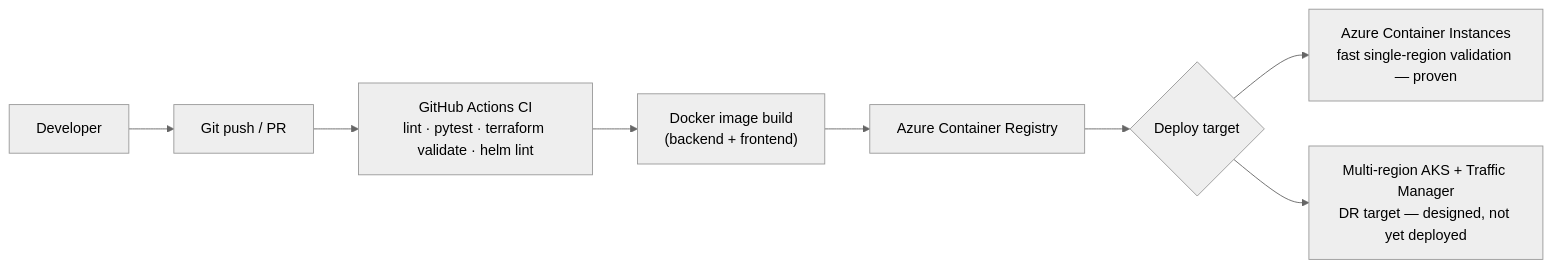
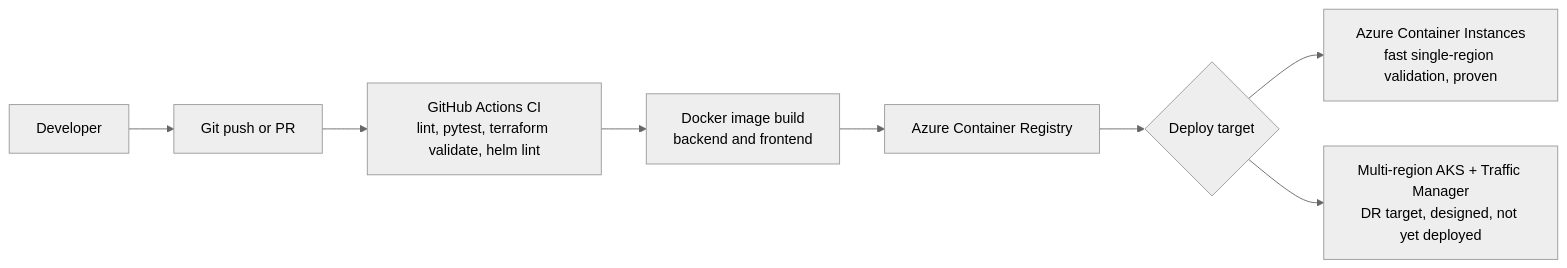
Before and after one commit to kala-techies/kala-techies: the second of 2 diagrams in README.md, drawn with Mermaid (neutral theme). The commit also changed other lines of this file, not shown here.

Commit message:
Fix mermaid diagrams not rendering on GitHub
Both diagrams used unquoted brackets with a slash, a bare &, and \n
line breaks, which GitHub's Mermaid renderer choked on (\"Unable to
render rich display\"). Switched to quoted labels, <br/> for line
breaks, and plain words instead of & and /.

````diff
--- a/README.md
+++ b/README.md
@@ -107,10 +107,10 @@
 ```mermaid
 flowchart LR
-    Dev[Developer] --> Git[Git push / PR]
-    Git --> CI["GitHub Actions CI\nlint · pytest · terraform validate · helm lint"]
-    CI --> Build["Docker image build\n(backend + frontend)"]
-    Build --> Reg[Azure Container Registry]
-    Reg --> Deploy{Deploy target}
-    Deploy --> ACI["Azure Container Instances\nfast single-region validation — proven"]
-    Deploy --> AKS["Multi-region AKS + Traffic Manager\nDR target — designed, not yet deployed"]
+    Dev["Developer"] --> Git["Git push or PR"]
+    Git --> CI["GitHub Actions CI<br/>lint, pytest, terraform validate, helm lint"]
+    CI --> Build["Docker image build<br/>backend and frontend"]
+    Build --> Reg["Azure Container Registry"]
+    Reg --> Deploy{"Deploy target"}
+    Deploy --> ACI["Azure Container Instances<br/>fast single-region validation, proven"]
+    Deploy --> AKS["Multi-region AKS + Traffic Manager<br/>DR target, designed, not yet deployed"]
 ```
````
